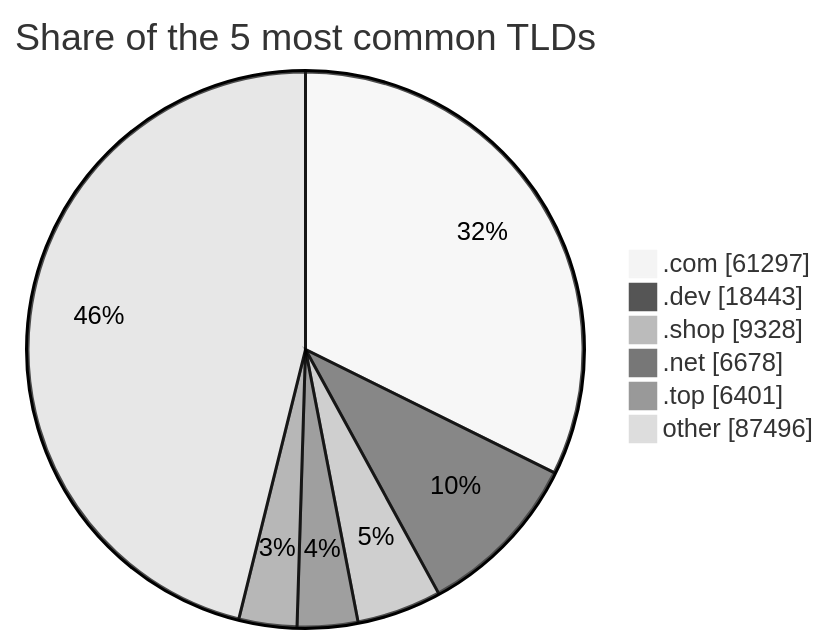
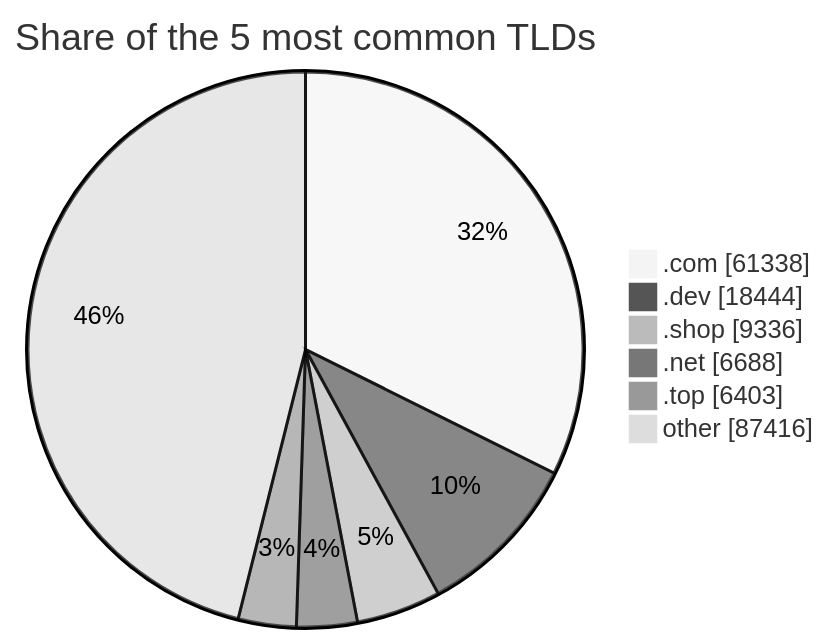
Before and after one commit to DNSBunker/CTI: the third of 3 diagrams in README.md, drawn with Mermaid (neutral theme). The commit also changed other lines of this file and 3 other files, not shown here.

````diff
--- a/README.md
+++ b/README.md
@@ -81,9 +81,9 @@
 ```mermaid
 pie showData title Share of the 5 most common TLDs
-    ".com" : 61297
-    ".dev" : 18443
-    ".shop" : 9328
-    ".net" : 6678
-    ".top" : 6401
-    "other" : 87496
+    ".com" : 61338
+    ".dev" : 18444
+    ".shop" : 9336
+    ".net" : 6688
+    ".top" : 6403
+    "other" : 87416
 ```
````
